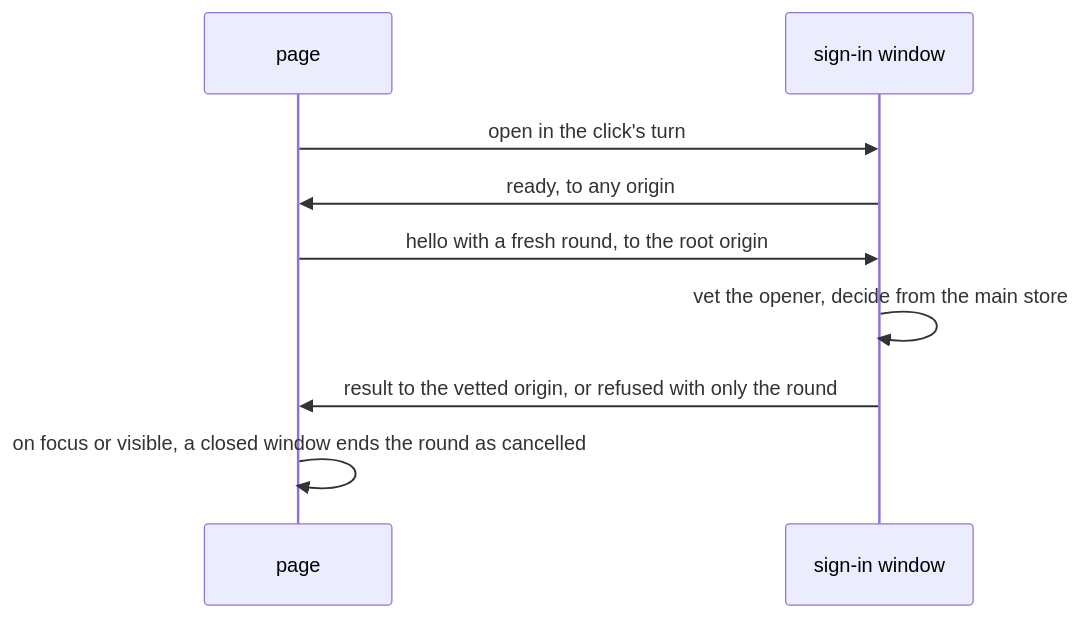
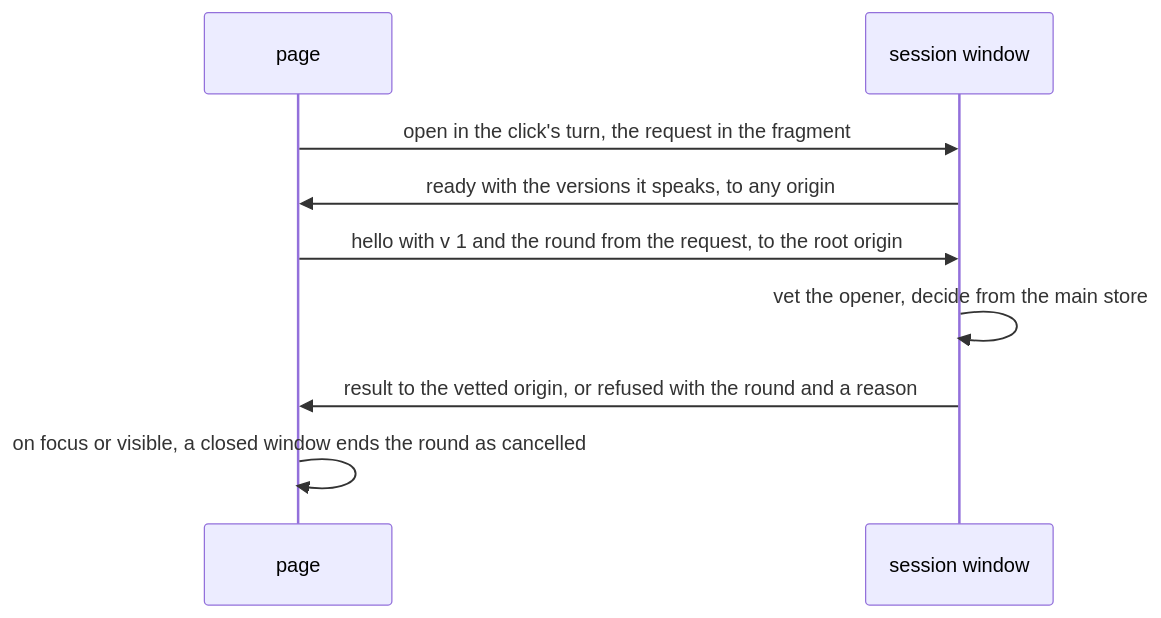
One commit to paritytech/dotli-community changed the second of 2 diagrams in apps/host/README.md. Above: the diagram before and after it, drawn with Mermaid. The commit also changed other lines of this file and 32 other files, not shown here.

````diff
--- a/apps/host/README.md
+++ b/apps/host/README.md
@@ -173,11 +178,11 @@
 ```mermaid
 sequenceDiagram
   participant P as page
-  participant W as sign-in window
-  P->>W: open in the click's turn
-  W->>P: ready, to any origin
-  P->>W: hello with a fresh round, to the root origin
+  participant W as session window
+  P->>W: open in the click's turn, the request in the fragment
+  W->>P: ready with the versions it speaks, to any origin
+  P->>W: hello with v 1 and the round from the request, to the root origin
   W->>W: vet the opener, decide from the main store
-  W->>P: result to the vetted origin, or refused with only the round
+  W->>P: result to the vetted origin, or refused with the round and a reason
   P->>P: on focus or visible, a closed window ends the round as cancelled
 ```
````
